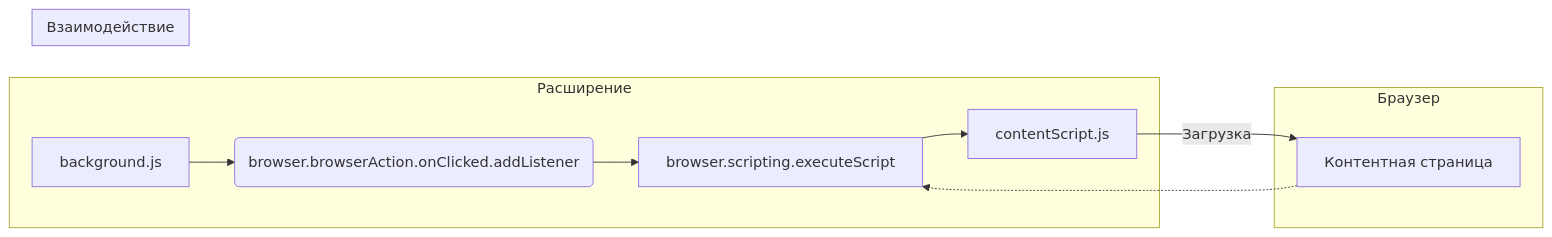
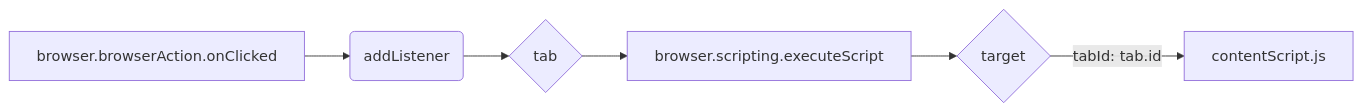
The second of 2 diagrams in docs/gemini/ru/explainer/src/webdriver/firefox/extentions/test_extention/background.md (hypo69/hypo), drawn with Mermaid before and after one commit. The commit also changed other lines of this file and 311 other files, not shown here.

````diff
--- a/docs/gemini/ru/explainer/src/webdriver/firefox/extentions/test_extention/background.md
+++ b/docs/gemini/ru/explainer/src/webdriver/firefox/extentions/test_extention/background.md
@@ -35,14 +40,8 @@
 ```mermaid
 graph LR
-    subgraph Расширение
-        A[background.js] --> B(browser.browserAction.onClicked.addListener);
-        B --> C[browser.scripting.executeScript];
-        C --> D[contentScript.js];
-    end
-    subgraph Браузер
-        D -- Загрузка --> E[Контентная страница];
-    end
-    subgraph Взаимодействие
-        E -.-> C;
-    end
+    A[browser.browserAction.onClicked] --> B(addListener);
+    B --> C{tab};
+    C --> D[browser.scripting.executeScript];
+    D --> E{target};
+    E -- tabId: tab.id --> F[contentScript.js];
 ```
````
